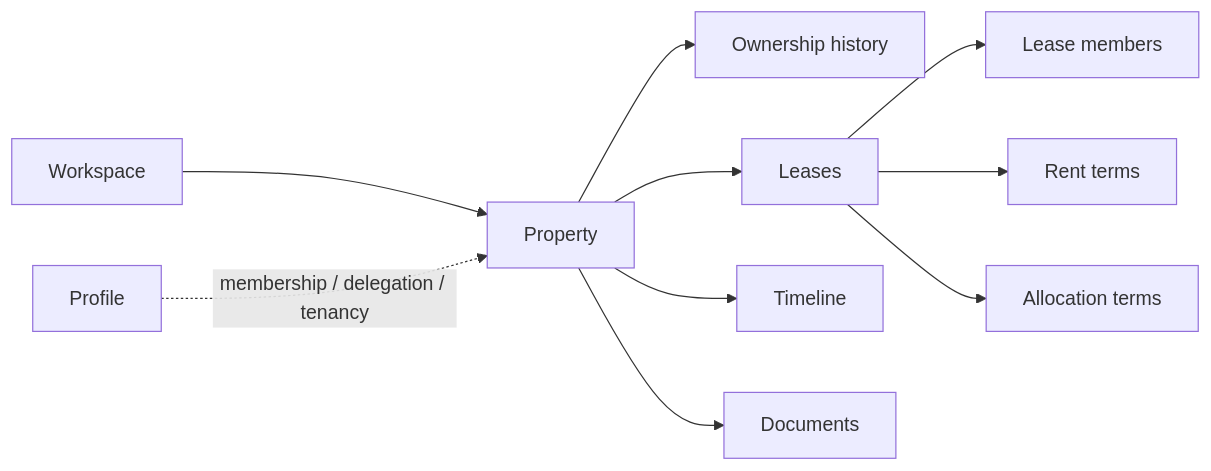
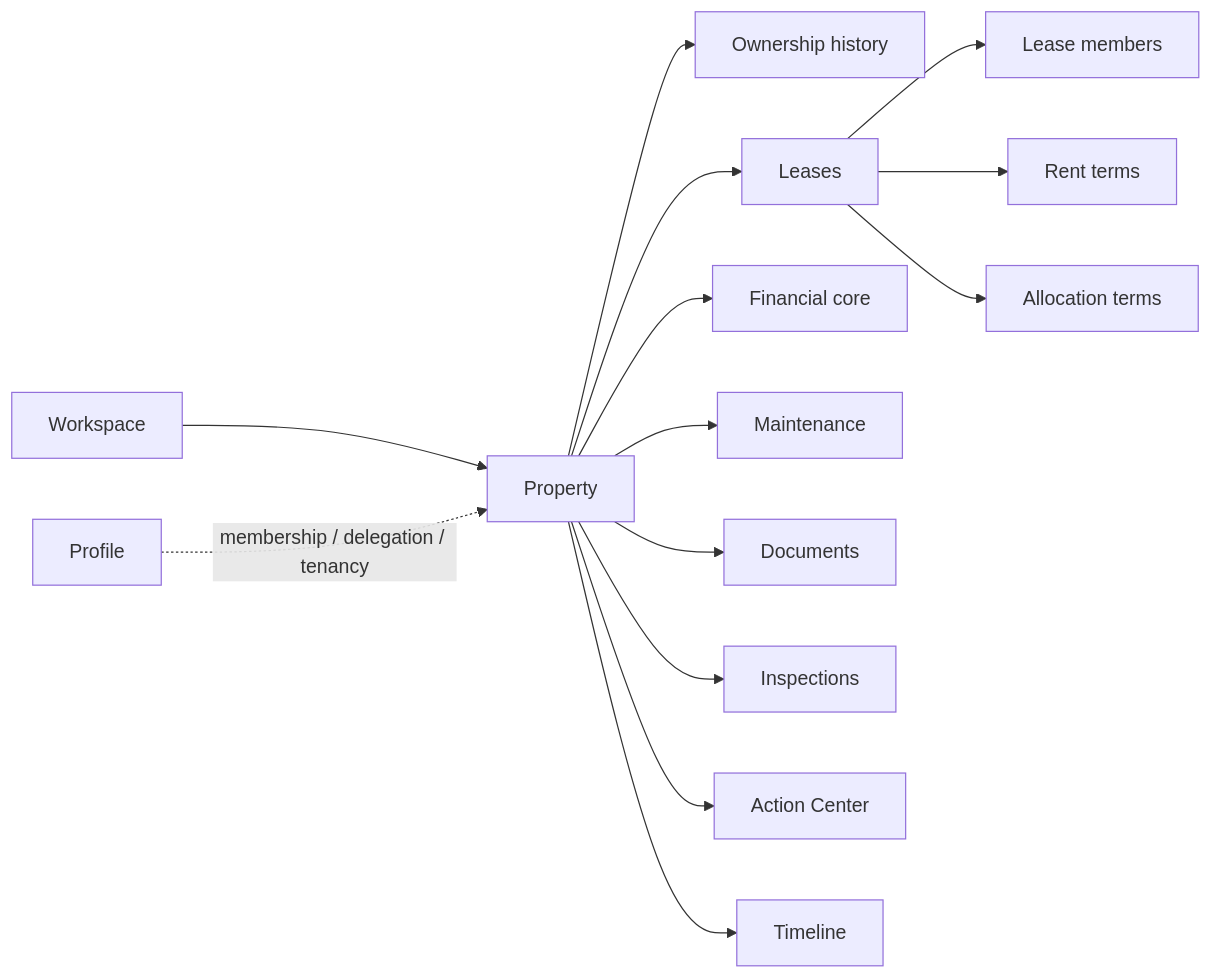
One commit to yalinoy/yalinoy changed the diagram in projects/homerun-v2.md. Above: the diagram before and after it, drawn with Mermaid. The commit also changed other lines of this file, not shown here.

````diff
--- a/projects/homerun-v2.md
+++ b/projects/homerun-v2.md
@@ -27,13 +28,17 @@
 ```mermaid
 flowchart LR
     A[Workspace] --> P[Property]
     P --> O[Ownership history]
     P --> L[Leases]
     L --> M[Lease members]
     L --> R[Rent terms]
     L --> AL[Allocation terms]
+    P --> F[Financial core]
+    P --> MT[Maintenance]
+    P --> D[Documents]
+    P --> I[Inspections]
+    P --> AC[Action Center]
     P --> T[Timeline]
-    P --> D[Documents]
 
     U[Profile] -. membership / delegation / tenancy .-> P
 ```
````
